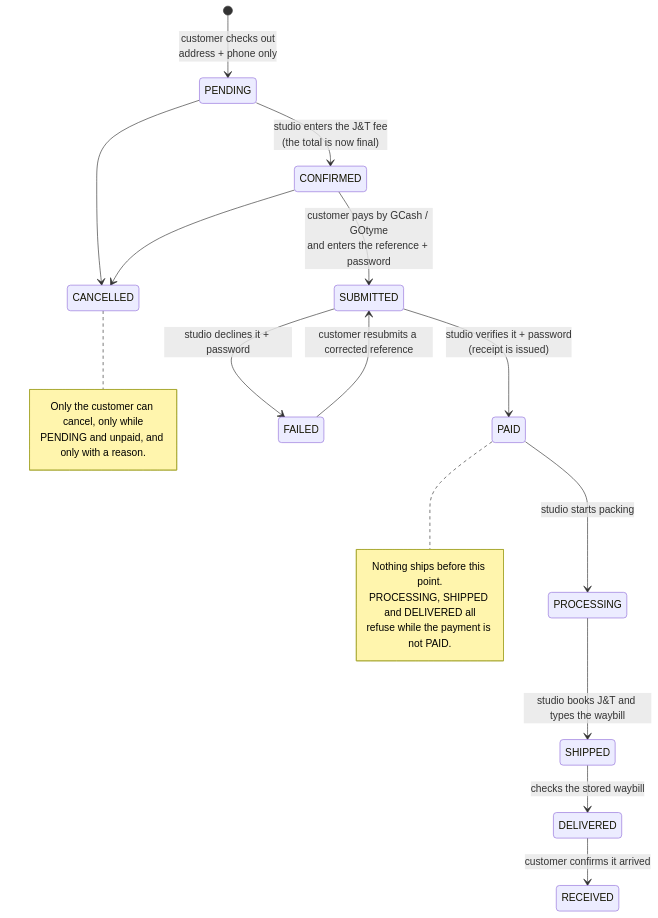
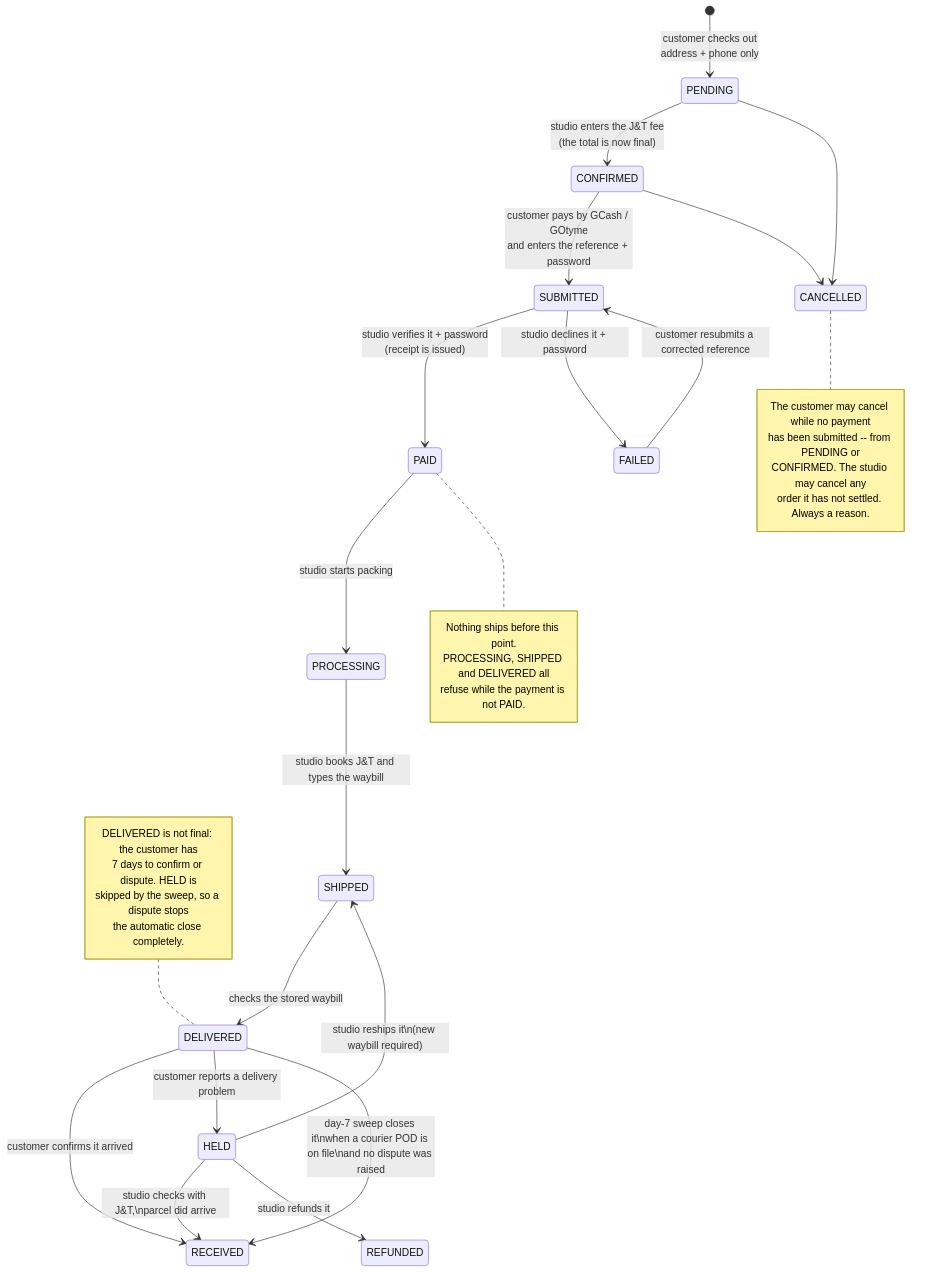
One commit to JamesMangao/STAR-DOM changed the second of 2 diagrams in ARCHITECTURE-DIAGRAM.md. Above: the diagram before and after it, drawn with Mermaid. The commit also changed other lines of this file and 448 other files, not shown here.

First line of the commit message:
feat: delivery sweep, HELD state, commission ledger, corrected cancellation rules

````diff
--- a/ARCHITECTURE-DIAGRAM.md
+++ b/ARCHITECTURE-DIAGRAM.md
@@ -149,27 +149,41 @@
 ```mermaid
 stateDiagram-v2
     [*] --> PENDING: customer checks out<br/>address + phone only
     PENDING --> CONFIRMED: studio enters the J&T fee<br/>(the total is now final)
     CONFIRMED --> SUBMITTED: customer pays by GCash / GOtyme<br/>and enters the reference + password
     SUBMITTED --> PAID: studio verifies it + password<br/>(receipt is issued)
     SUBMITTED --> FAILED: studio declines it + password
     FAILED --> SUBMITTED: customer resubmits a corrected reference
     PAID --> PROCESSING: studio starts packing
     PROCESSING --> SHIPPED: studio books J&T and types the waybill
     SHIPPED --> DELIVERED: checks the stored waybill
     DELIVERED --> RECEIVED: customer confirms it arrived
+    DELIVERED --> HELD: customer reports a delivery problem
+    HELD --> RECEIVED: studio checks with J&T,\nparcel did arrive
+    HELD --> REFUNDED: studio refunds it
+    HELD --> SHIPPED: studio reships it\n(new waybill required)
+    DELIVERED --> RECEIVED: day-7 sweep closes it\nwhen a courier POD is on file\nand no dispute was raised
 
     PENDING --> CANCELLED
     CONFIRMED --> CANCELLED
 
     note right of PAID
         Nothing ships before this point.
         PROCESSING, SHIPPED and DELIVERED all
         refuse while the payment is not PAID.
     end note
 
     note right of CANCELLED
-        Only the customer can cancel, only while
-        PENDING and unpaid, and only with a reason.
+        The customer may cancel while no payment
+        has been submitted -- from PENDING or
+        CONFIRMED. The studio may cancel any
+        order it has not settled. Always a reason.
+    end note
+
+    note left of DELIVERED
+        DELIVERED is not final: the customer has
+        7 days to confirm or dispute. HELD is
+        skipped by the sweep, so a dispute stops
+        the automatic close completely.
     end note
 ```
````
